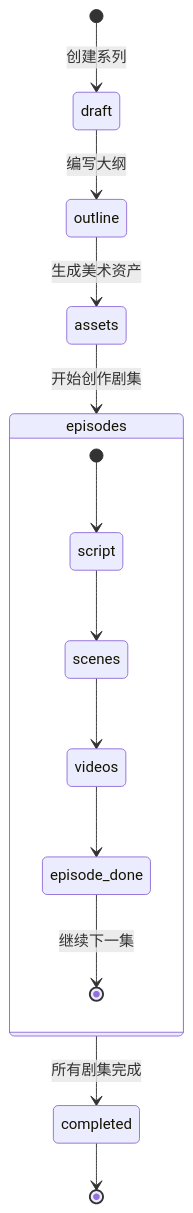
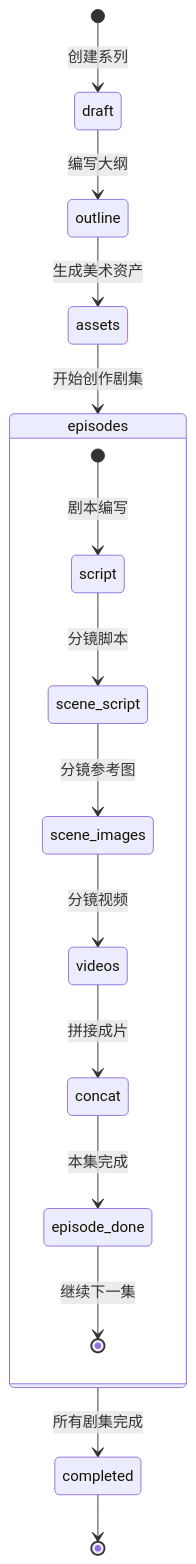
One commit to syghhhhh/AutoDrama changed the third of 5 diagrams in architecture.md. Above: the diagram before and after it, drawn with Mermaid. The commit also changed other lines of this file and 3 other files, not shown here.

````diff
--- a/architecture.md
+++ b/architecture.md
@@ -163,17 +179,19 @@
 ```mermaid
 stateDiagram-v2
     [*] --> draft: 创建系列
     draft --> outline: 编写大纲
     outline --> assets: 生成美术资产
     assets --> episodes: 开始创作剧集
     episodes --> completed: 所有剧集完成
     completed --> [*]
 
     state episodes {
-        [*] --> script
-        script --> scenes
-        scenes --> videos
-        videos --> episode_done
+        [*] --> script: 剧本编写
+        script --> scene_script: 分镜脚本
+        scene_script --> scene_images: 分镜参考图
+        scene_images --> videos: 分镜视频
+        videos --> concat: 拼接成片
+        concat --> episode_done: 本集完成
         episode_done --> [*]: 继续下一集
     }
 ```
````
